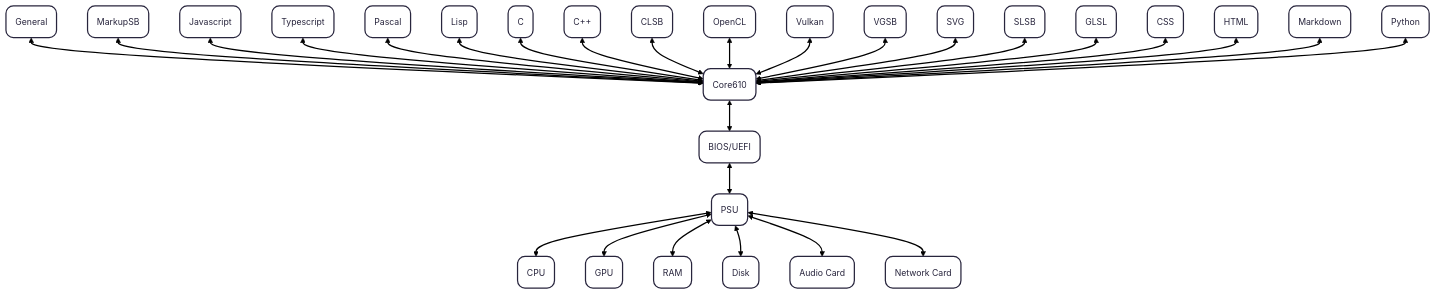
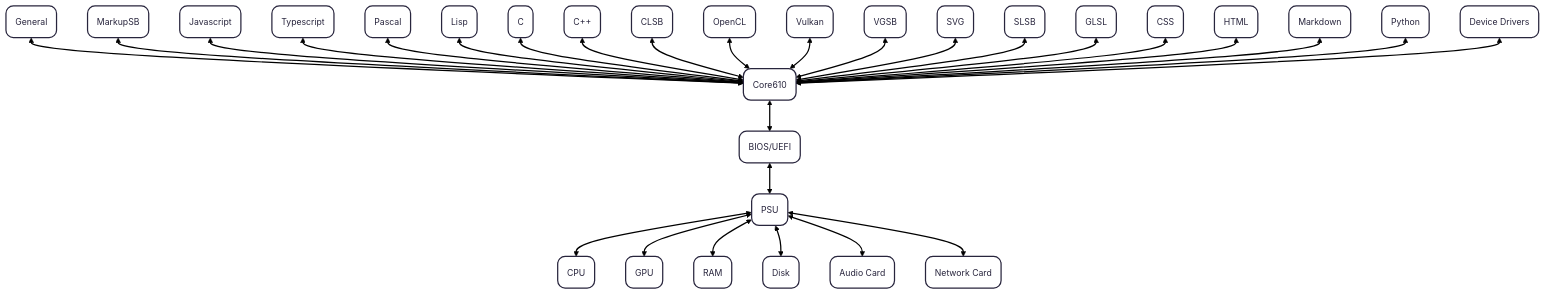
Before and after one commit to sibjor/ViceVersa: the diagram in README.md, drawn with Mermaid.

````diff
--- a/README.md
+++ b/README.md
@@ -7,29 +7,31 @@
 ```mermaid
 ---
 config:
   theme: redux
 ---
 flowchart TD
     6("Core610") <--> Ö("BIOS/UEFI")
     K("General") <--> 6
     L("MarkupSB") <--> 6
     D("Javascript") <--> 6
     J("Typescript") <--> 6
     I("Pascal") <--> 6
     H("Lisp") <--> 6
     E("C") <--> 6
     F("C++") <--> 6
     V("CLSB") <--> 6
     U("OpenCL") <--> 6
     T("Vulkan") <--> 6
     P("VGSB") <--> 6
     O("SVG") <--> 6
     M("SLSB") <--> 6
     N("GLSL") <--> 6
     C("CSS") <--> 6
     Ö <--> 0("PSU")
     0 <--> 1("CPU") & 2("GPU") & 3("RAM") & 4("Disk") & 5("Audio Card") & 7("Network Card")
     B("HTML") <--> 6
     R("Markdown") <--> 6
     S("Python") <--> 6
+    Z("Device Drivers") <--> 6
+    
 ```
````
